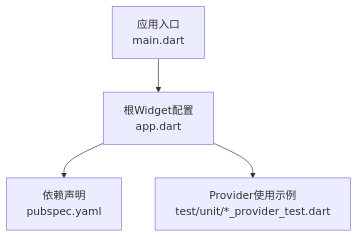
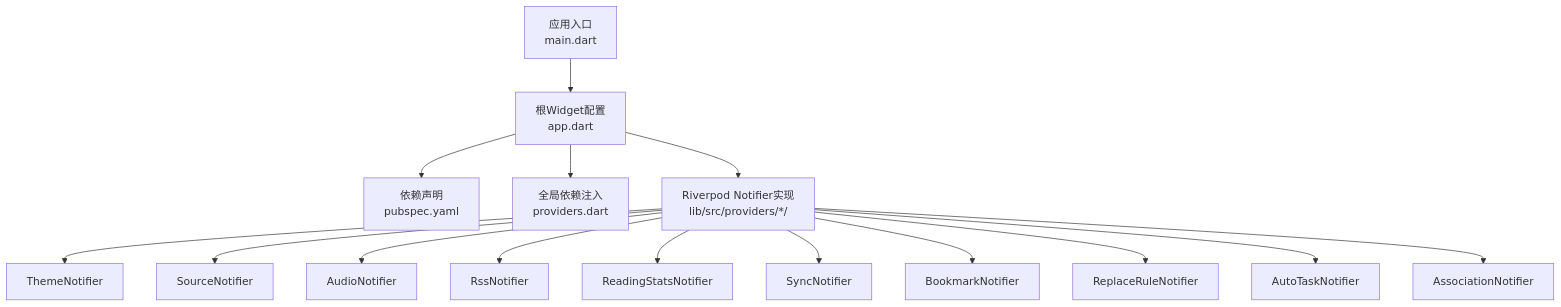
Before and after one commit to ZhangGHGitHub/LegadoTeamFlutter: the first of 8 diagrams in .qoder/repowiki/zh/content/Flutter跨平台应用/状态管理/Provider基础概念.md, drawn with Mermaid. The commit also changed other lines of this file and 173 other files, not shown here.

````diff
--- a/.qoder/repowiki/zh/content/Flutter跨平台应用/状态管理/Provider基础概念.md
+++ b/.qoder/repowiki/zh/content/Flutter跨平台应用/状态管理/Provider基础概念.md
@@ -36,6 +51,17 @@
 ```mermaid
 graph TB
 A["应用入口<br/>main.dart"] --> B["根Widget配置<br/>app.dart"]
 B --> C["依赖声明<br/>pubspec.yaml"]
-B --> D["Provider使用示例<br/>test/unit/*_provider_test.dart"]
+B --> D["全局依赖注入<br/>providers.dart"]
+B --> E["Riverpod Notifier实现<br/>lib/src/providers/*/"]
+E --> F["ThemeNotifier"]
+E --> G["SourceNotifier"]
+E --> H["AudioNotifier"]
+E --> I["RssNotifier"]
+E --> J["ReadingStatsNotifier"]
+E --> K["SyncNotifier"]
+E --> L["BookmarkNotifier"]
+E --> M["ReplaceRuleNotifier"]
+E --> N["AutoTaskNotifier"]
+E --> O["AssociationNotifier"]
 ```
````
